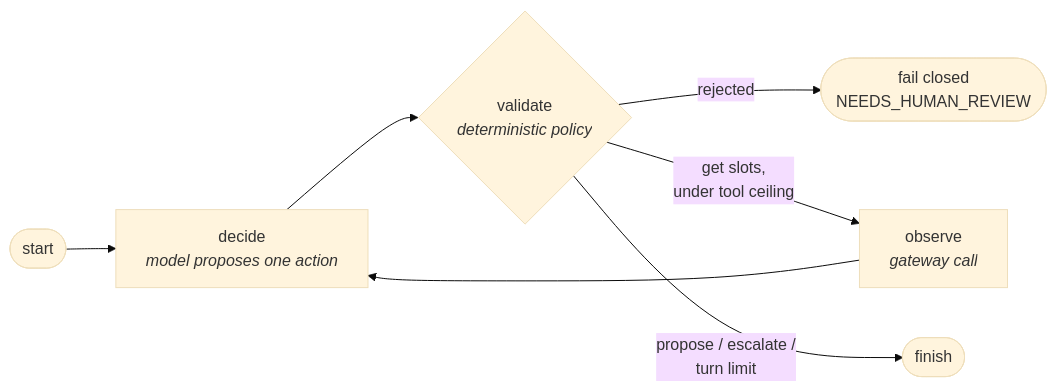
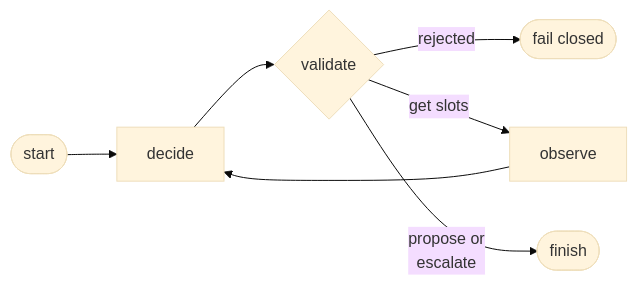
One commit to rohanshinde24/CareRoute changed the sixth of 7 diagrams in README.md. Above: the diagram before and after it, drawn with Mermaid (base theme). The commit also changed other lines of this file and 1 other file, not shown here.

First line of the commit message:
README: size every diagram for GitHub's fixed 180px mermaid frame

````diff
--- a/README.md
+++ b/README.md
@@ -186,9 +134,9 @@
 ```mermaid
 flowchart LR
-    S([start]) --> D[decide<br/><i>model proposes one action</i>]
-    D --> V{validate<br/><i>deterministic policy</i>}
-    V -->|rejected| X([fail closed<br/>NEEDS_HUMAN_REVIEW])
-    V -->|get slots,<br/>under tool ceiling| O[observe<br/><i>gateway call</i>]
+    S([start]) --> D[decide]
+    D --> V{validate}
+    V -->|rejected| X([fail closed])
+    V -->|get slots| O[observe]
     O --> D
-    V -->|propose / escalate /<br/>turn limit| F([finish])
+    V -->|propose or<br/>escalate| F([finish])
 ```
````
